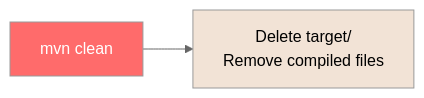
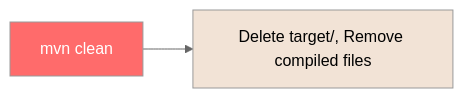
One commit to namnd0806/automation-testing-cource changed the sixth of 7 diagrams in 03-maven-build-tool.md. Above: the diagram before and after it, drawn with Mermaid (neutral theme). The commit also changed other lines of this file and 4 other files, not shown here.

First line of the commit message:
Fix: Sửa tất cả sơ đồ Mermaid lỗi format

````diff
--- a/03-maven-build-tool.md
+++ b/03-maven-build-tool.md
@@ -400,7 +400,7 @@
 ```mermaid
 graph LR
-    A[mvn clean] --> B[Delete target/<br/>Remove compiled files]
+    A[mvn clean] --> B[Delete target/, Remove compiled files]
     
     style A fill:#FF6B6B,color:#fff
     style B fill:#F2E3D6
 ```
````
